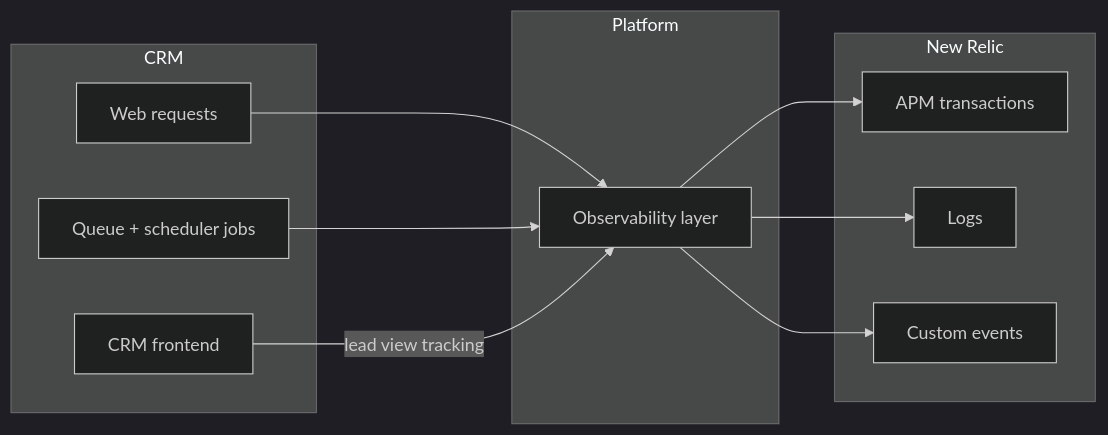
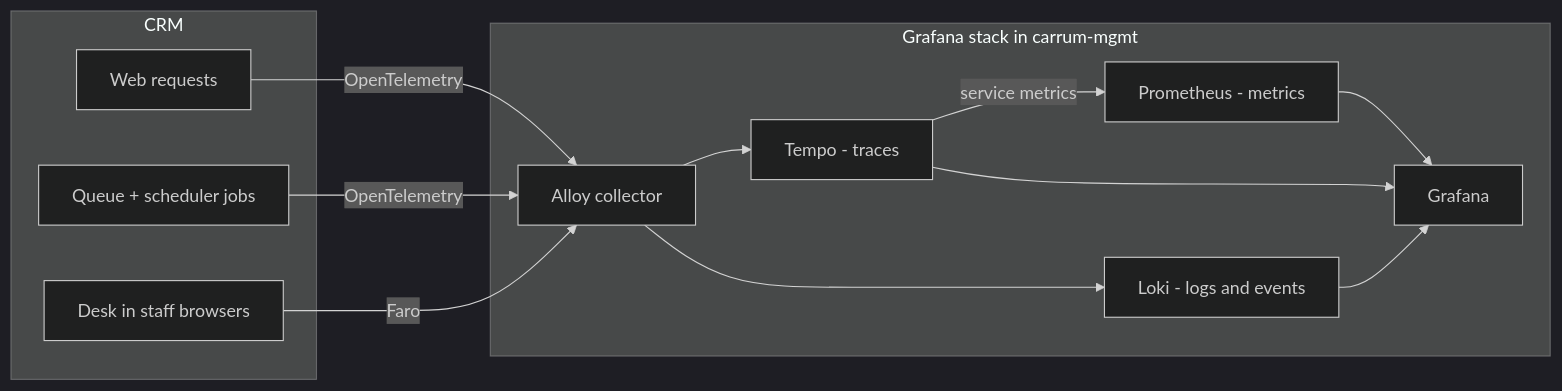
The diagram in docs/product/observability/readme.md (CarrumMobility/frappe-core), drawn with Mermaid (dark theme) before and after one commit. The commit also changed other lines of this file and 14 other files, not shown here.

First line of the commit message:
observability: remove New Relic; OpenTelemetry is the only backend

````diff
--- a/docs/product/observability/readme.md
+++ b/docs/product/observability/readme.md
@@ -77,25 +76,26 @@
 ```mermaid
 flowchart LR
     subgraph CRM
         WEB[Web requests]
         WORK[Queue + scheduler jobs]
-        FE[CRM frontend]
+        FE[Desk in staff browsers]
     end
 
-    subgraph Platform
-        OBS[Observability layer]
+    subgraph Grafana stack in carrum-mgmt
+        COL[Alloy collector]
+        TEMPO[Tempo - traces]
+        LOKI[Loki - logs and events]
+        PROM[Prometheus - metrics]
+        G[Grafana]
     end
 
-    subgraph New Relic
-        APM[APM transactions]
-        LOGS[Logs]
-        EVENTS[Custom events]
-    end
-
-    WEB --> OBS
-    WORK --> OBS
-    FE -->|lead view tracking| OBS
-    OBS --> APM
-    OBS --> LOGS
-    OBS --> EVENTS
+    WEB -->|OpenTelemetry| COL
+    WORK -->|OpenTelemetry| COL
+    FE -->|Faro| COL
+    COL --> TEMPO
+    COL --> LOKI
+    TEMPO -->|service metrics| PROM
+    TEMPO --> G
+    LOKI --> G
+    PROM --> G
 ```
````
